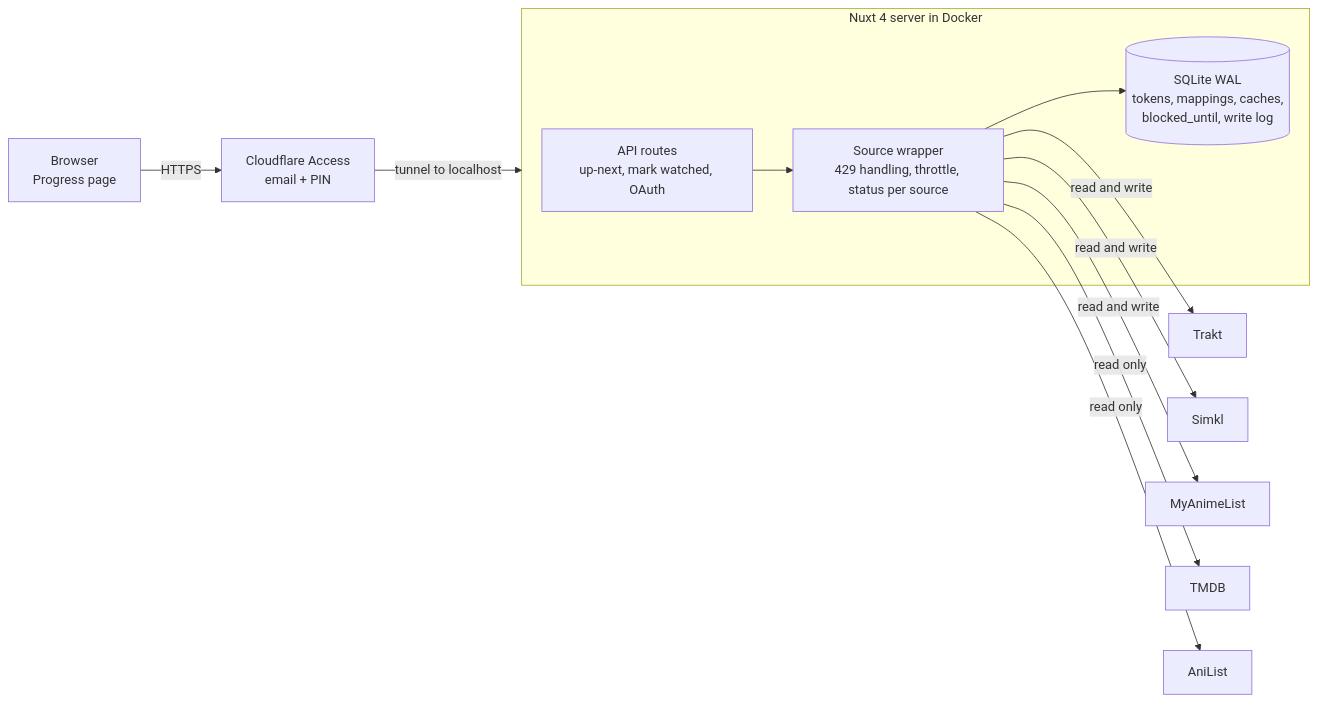
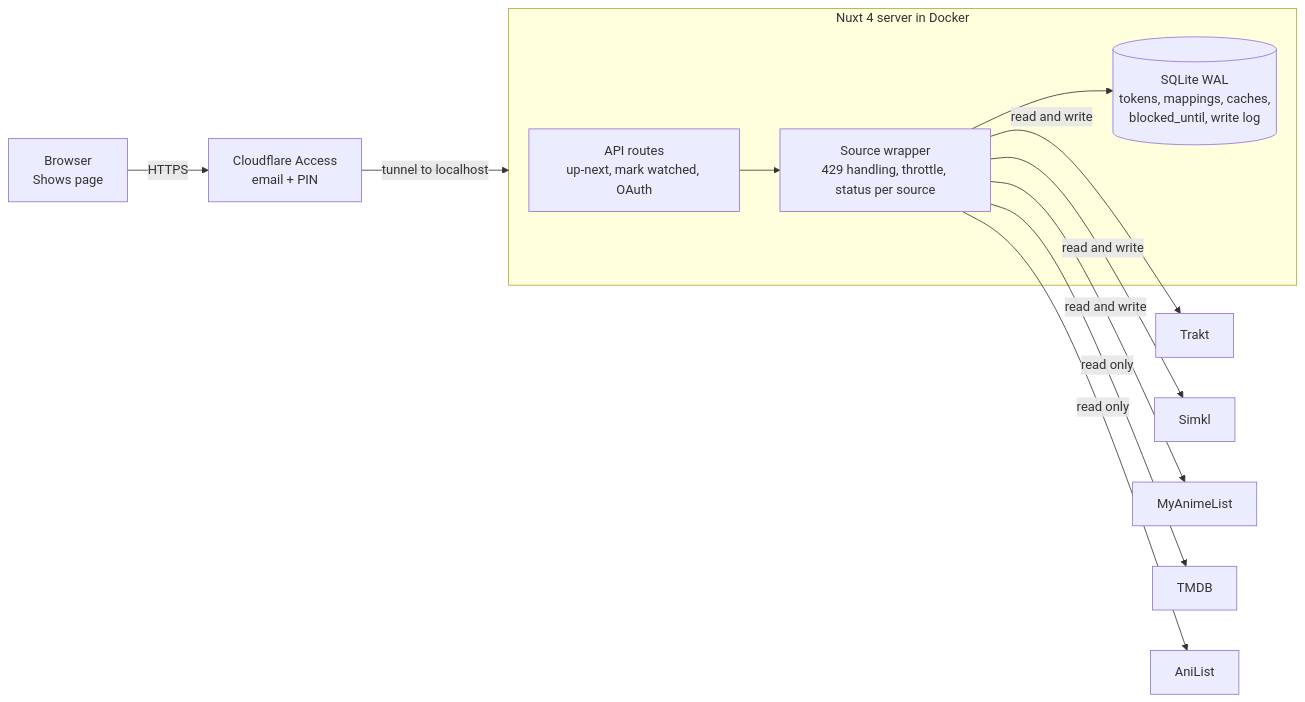
The diagram in docs/plan.md (oowais/tsuzuku), drawn with Mermaid before and after one commit. The commit also changed other lines of this file and 16 other files, not shown here.

First line of the commit message:
Movies as poster-backdrop cards; Progress is now Shows

````diff
--- a/docs/plan.md
+++ b/docs/plan.md
@@ -17,14 +17,14 @@
 ```mermaid
 flowchart LR
-  B[Browser<br/>Progress page] -->|HTTPS| CF[Cloudflare Access<br/>email + PIN]
+  B[Browser<br/>Shows page] -->|HTTPS| CF[Cloudflare Access<br/>email + PIN]
   CF -->|tunnel to localhost| S
   subgraph S[Nuxt 4 server in Docker]
     API[API routes<br/>up-next, mark watched, OAuth] --> W[Source wrapper<br/>429 handling, throttle, status per source]
     W --> DB[(SQLite WAL<br/>tokens, mappings, caches,<br/>blocked_until, write log)]
   end
   W -->|read and write| T[Trakt]
   W -->|read and write| SK[Simkl]
   W -->|read and write| M[MyAnimeList]
   W -->|read only| TM[TMDB]
   W -->|read only| AL[AniList]
 ```
````
